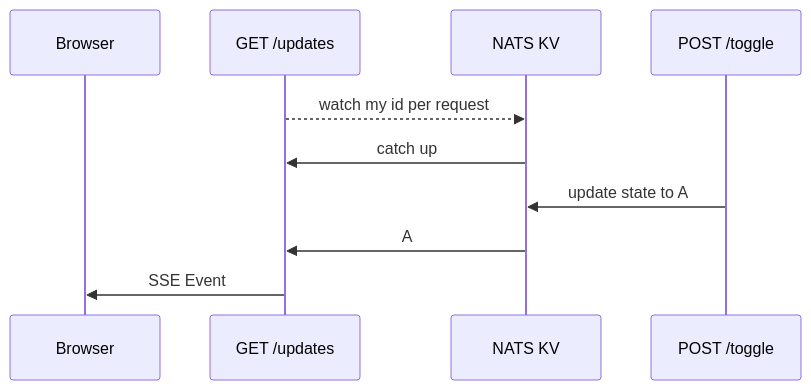
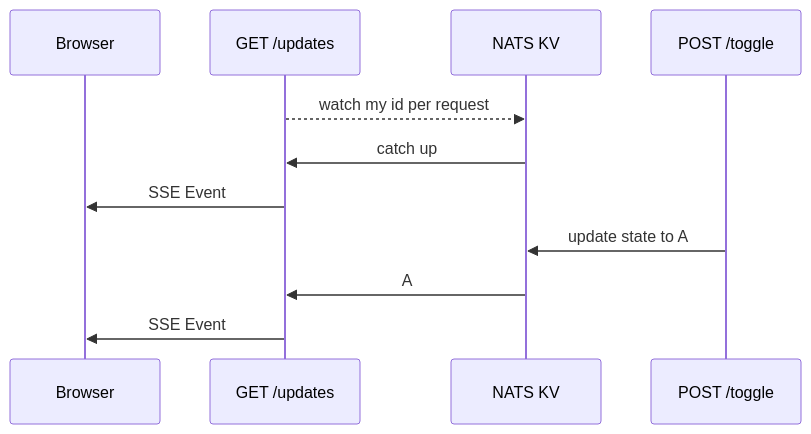
Before and after one commit to delaneyj/datastar: the fifth of 5 diagrams in packages/presentations/pages/240817-vegas-slides.md, drawn with Mermaid. The commit also changed other lines of this file and 3 other files, not shown here.

````diff
--- a/packages/presentations/pages/240817-vegas-slides.md
+++ b/packages/presentations/pages/240817-vegas-slides.md
@@ -499,14 +549,15 @@
 ```mermaid
 sequenceDiagram
     participant b as Browser
     participant u as GET /updates
     participant kv as NATS KV
     participant t as POST /toggle
 
     u-->>kv: watch my id per request
     kv->>u: catch up
+    u->>b: SSE Event
     t->>kv: update state to A
     kv->>u: A
     u->>b: SSE Event
 
 ```
````
